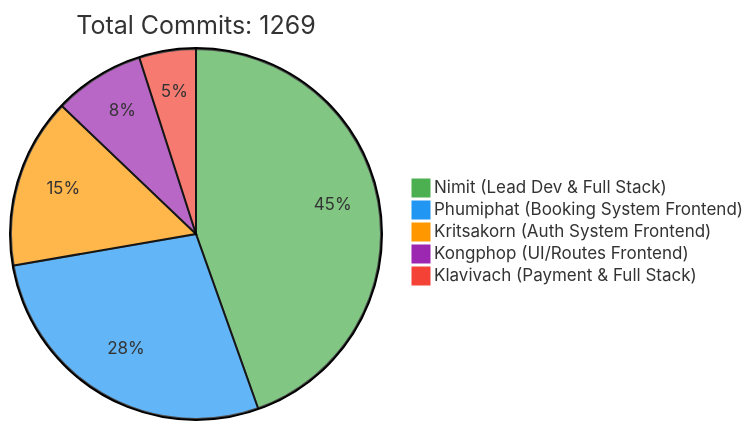
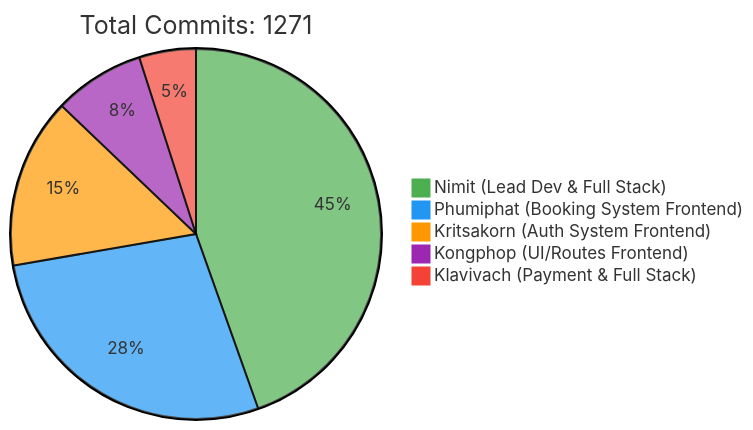
One commit to 6531503042/Sport-Complex changed the first of 2 diagrams in README.md. Above: the diagram before and after it, drawn with Mermaid. The commit also changed other lines of this file, not shown here.

Commit message:
docs: Update contributor statistics [skip ci]

````diff
--- a/README.md
+++ b/README.md
@@ -257,10 +257,10 @@
 ```mermaid
 %%{init: {'theme': 'base', 'themeVariables': { 'pie1': '#4CAF50', 'pie2': '#2196F3', 'pie3': '#FF9800', 'pie4': '#9C27B0', 'pie5': '#F44336'}}}%%
 pie
-    title Total Commits: 1269
+    title Total Commits: 1271
     "Nimit (Lead Dev & Full Stack)" : 450
     "Phumiphat (Booking System Frontend)" : 280
     "Kritsakorn (Auth System Frontend)" : 150
     "Kongphop (UI/Routes Frontend)" : 80
     "Klavivach (Payment & Full Stack)" : 50
 ```
````
